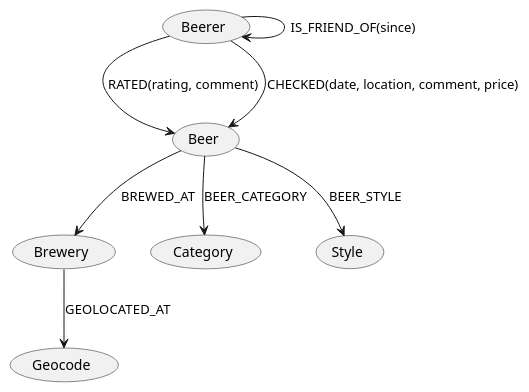
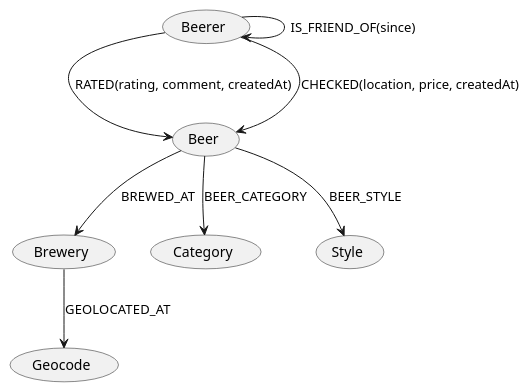
One commit to aicfr/neo4j-openbeerdb changed the diagram in neo4j-openbeerdb.puml. Above: the diagram before and after it, drawn with PlantUML. The commit also changed 1 other file, not shown here.

```diff
--- a/neo4j-openbeerdb.puml
+++ b/neo4j-openbeerdb.puml
@@ -1,9 +1,9 @@
 @startuml openbeerdb
-(Beerer) --> (Beer) : RATED(rating, comment)
-(Beerer) --> (Beer) : CHECKED(date, location, comment, price)
+(Beerer) --> (Beer) : RATED(rating, comment, createdAt)
+(Beerer) --> (Beer) : CHECKED(location, price, createdAt)
 (Beerer) --> (Beerer) : IS_FRIEND_OF(since)
 (Beer) --> (Brewery) : BREWED_AT
 (Beer) --> (Category) : BEER_CATEGORY
 (Beer) --> (Style) : BEER_STYLE
 (Brewery) --> (Geocode) : GEOLOCATED_AT
 @enduml
```
